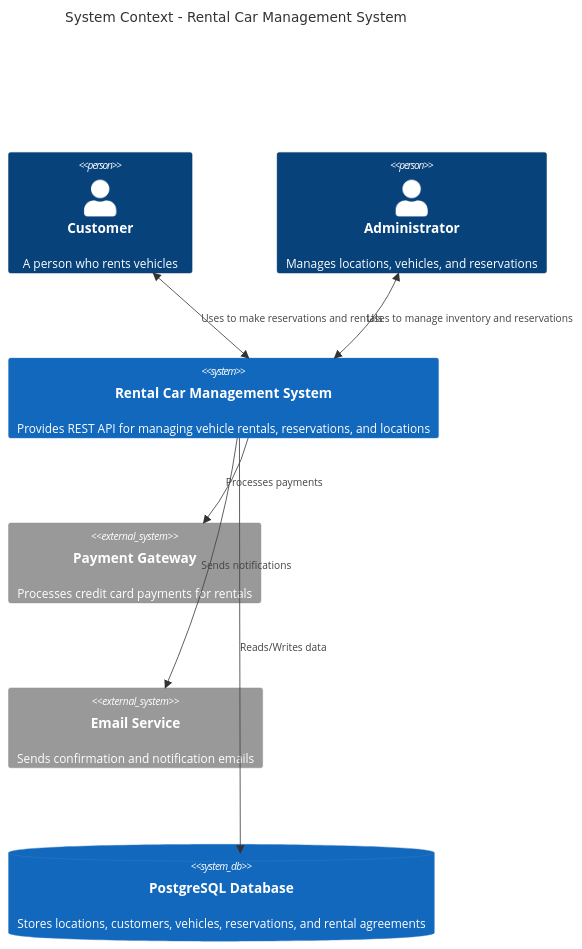
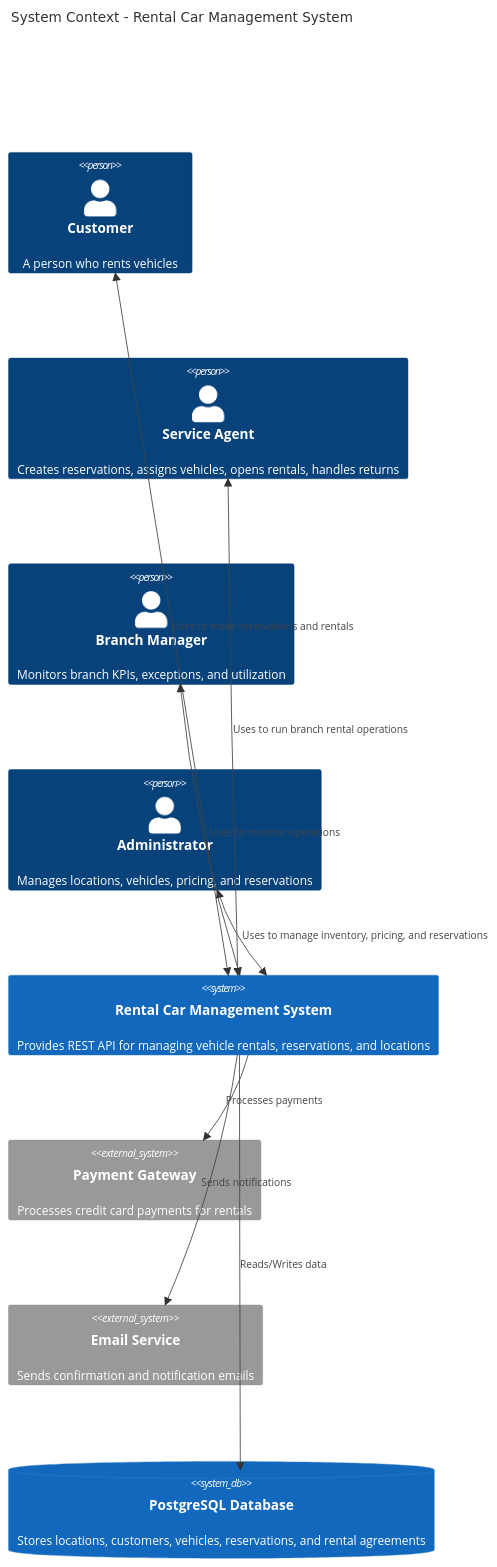
The first of 4 diagrams in docs/C4_ARCHITECTURE.md (ga424/cs631_termproject), drawn with Mermaid before and after one commit. The commit also changed other lines of this file and 7 other files, not shown here.

Commit message:
feat: update documentation for rental car management system; enhance user journeys, ERD, and architecture details; add lifecycle event tracking and customer account management

````diff
--- a/docs/C4_ARCHITECTURE.md
+++ b/docs/C4_ARCHITECTURE.md
@@ -7,20 +7,24 @@
 ```mermaid
 C4Context
     title System Context - Rental Car Management System
     
     Person(customer, "Customer", "A person who rents vehicles")
-    Person(admin, "Administrator", "Manages locations, vehicles, and reservations")
+    Person(agent, "Service Agent", "Creates reservations, assigns vehicles, opens rentals, handles returns")
+    Person(manager, "Branch Manager", "Monitors branch KPIs, exceptions, and utilization")
+    Person(admin, "Administrator", "Manages locations, vehicles, pricing, and reservations")
     
     System(rentalSystem, "Rental Car Management System", "Provides REST API for managing vehicle rentals, reservations, and locations")
     
     System_Ext(paymentGateway, "Payment Gateway", "Processes credit card payments for rentals")
     System_Ext(emailService, "Email Service", "Sends confirmation and notification emails")
     
     SystemDb(database, "PostgreSQL Database", "Stores locations, customers, vehicles, reservations, and rental agreements")
     
     BiRel(customer, rentalSystem, "Uses to make reservations and rentals")
-    BiRel(admin, rentalSystem, "Uses to manage inventory and reservations")
+    BiRel(agent, rentalSystem, "Uses to run branch rental operations")
+    BiRel(manager, rentalSystem, "Uses to monitor operations")
+    BiRel(admin, rentalSystem, "Uses to manage inventory, pricing, and reservations")
     Rel(rentalSystem, database, "Reads/Writes data")
     Rel(rentalSystem, paymentGateway, "Processes payments")
     Rel(rentalSystem, emailService, "Sends notifications")
 ```
````
